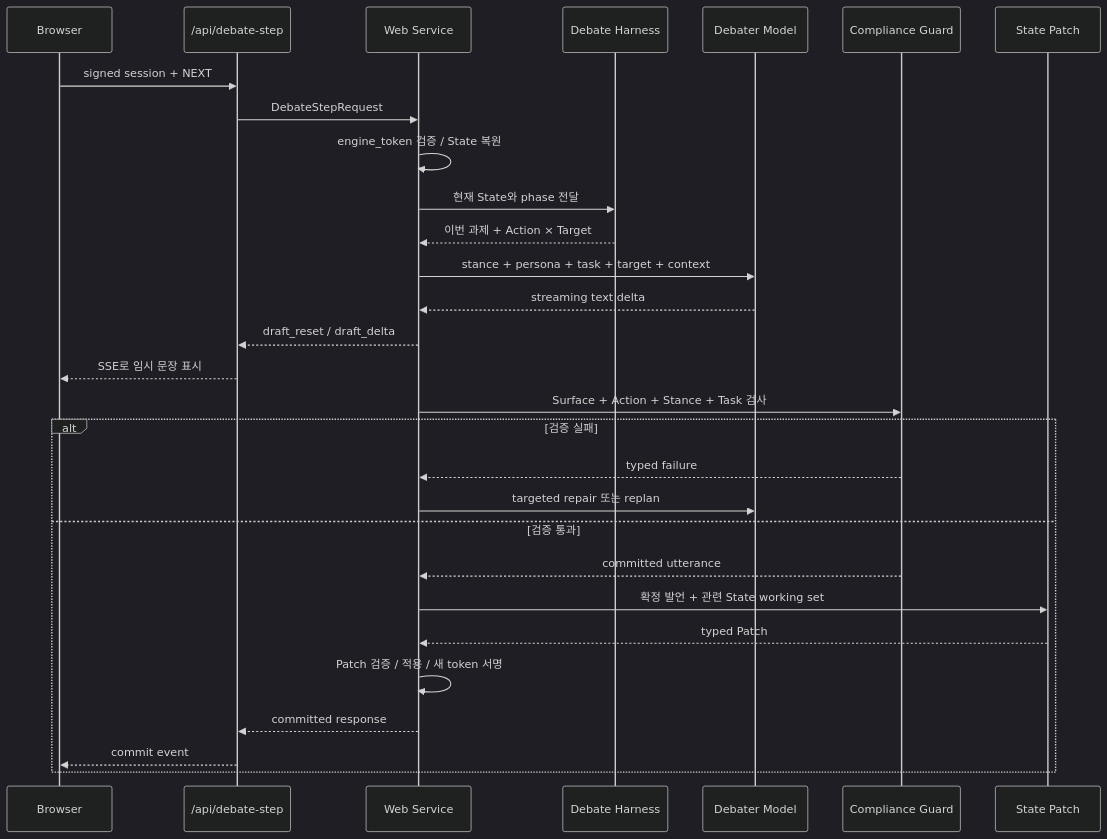
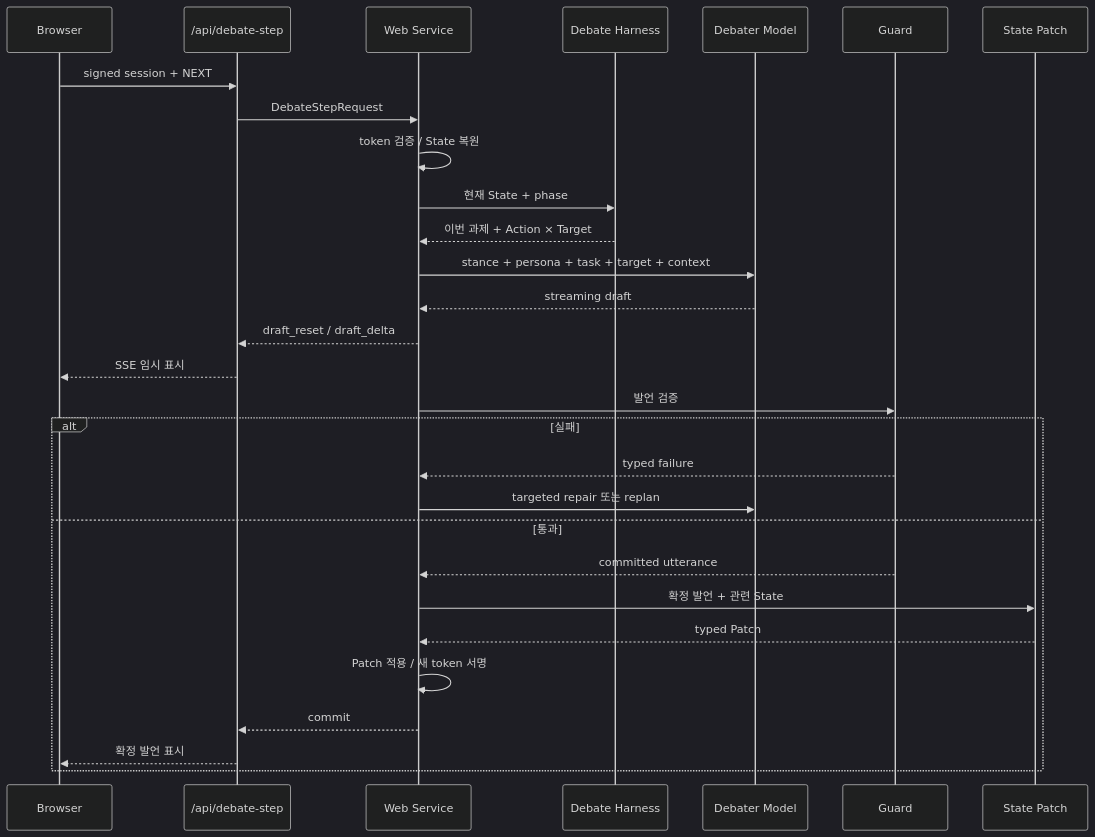
The fourth of 4 diagrams in README.md (hodob/A1-3), drawn with Mermaid (dark theme) before and after one commit. The commit also changed other lines of this file, not shown here.

````diff
--- a/README.md
+++ b/README.md
@@ -385,36 +259,35 @@
 ```mermaid
 sequenceDiagram
     participant B as Browser
     participant A as /api/debate-step
     participant W as Web Service
     participant H as Debate Harness
     participant D as Debater Model
-    participant G as Compliance Guard
+    participant G as Guard
     participant S as State Patch
 
     B->>A: signed session + NEXT
     A->>W: DebateStepRequest
-    W->>W: engine_token 검증 / State 복원
-
-    W->>H: 현재 State와 phase 전달
+    W->>W: token 검증 / State 복원
+    W->>H: 현재 State + phase
     H-->>W: 이번 과제 + Action × Target
 
     W->>D: stance + persona + task + target + context
-    D-->>W: streaming text delta
+    D-->>W: streaming draft
     W-->>A: draft_reset / draft_delta
-    A-->>B: SSE로 임시 문장 표시
+    A-->>B: SSE 임시 표시
 
-    W->>G: Surface + Action + Stance + Task 검사
+    W->>G: 발언 검증
 
-    alt 검증 실패
+    alt 실패
         G-->>W: typed failure
         W->>D: targeted repair 또는 replan
-    else 검증 통과
+    else 통과
         G-->>W: committed utterance
-        W->>S: 확정 발언 + 관련 State working set
+        W->>S: 확정 발언 + 관련 State
         S-->>W: typed Patch
-        W->>W: Patch 검증 / 적용 / 새 token 서명
-        W-->>A: committed response
-        A-->>B: commit event
+        W->>W: Patch 적용 / 새 token 서명
+        W-->>A: commit
+        A-->>B: 확정 발언 표시
     end
 ```
````
